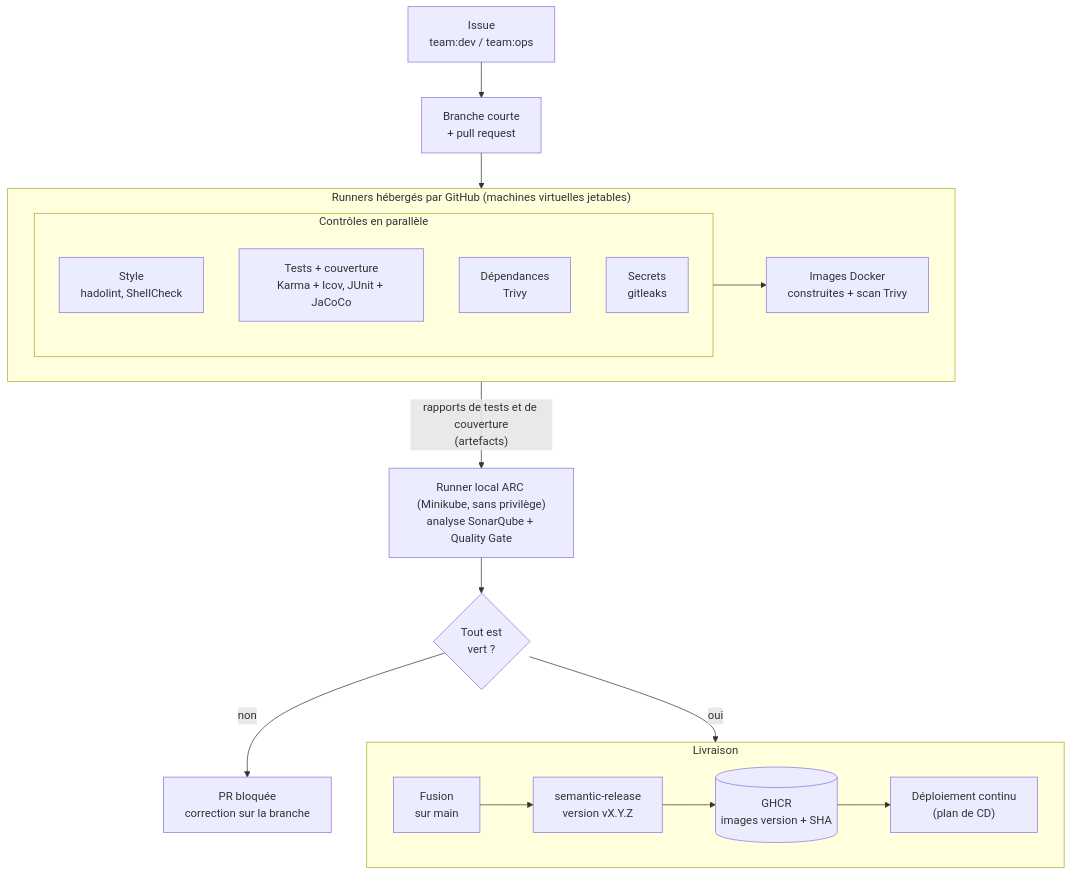
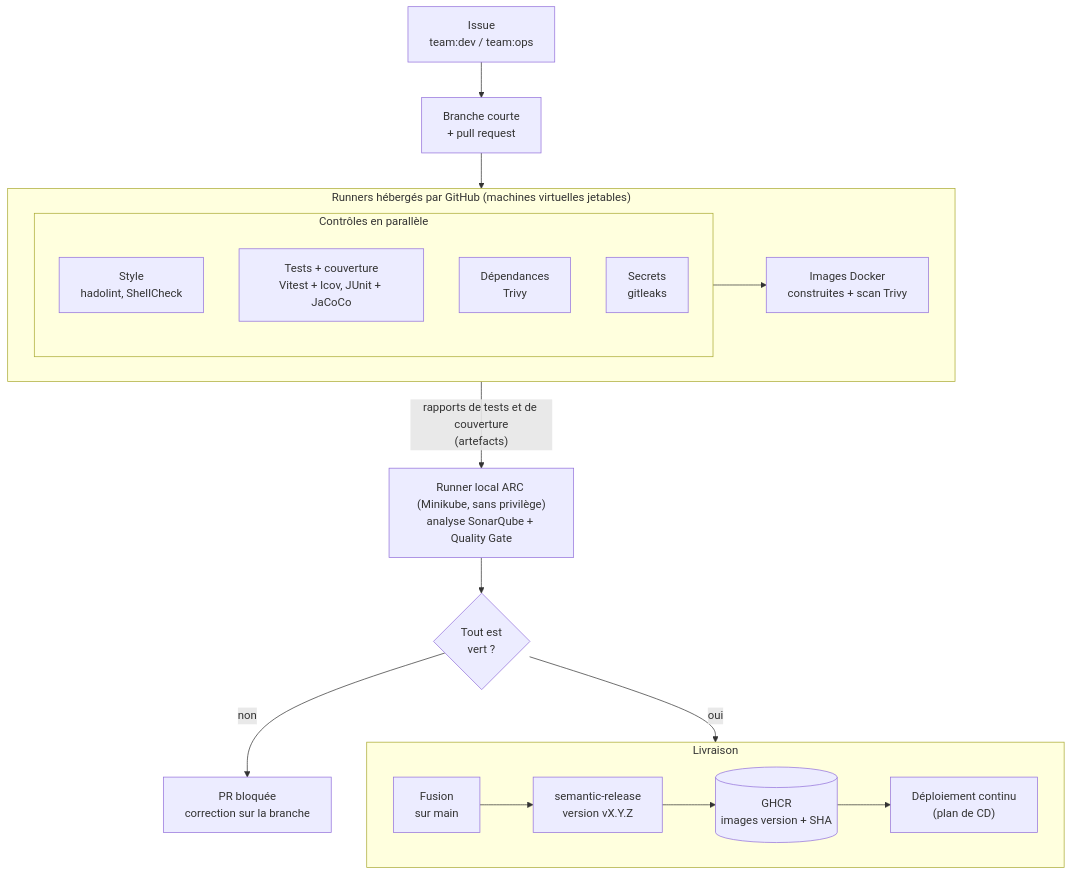
Before and after one commit to yohanbouchet/orion: the second of 2 diagrams in docs/02-normalisation-plan-ci.md, drawn with Mermaid. The commit also changed other lines of this file and 2 other files, not shown here.

First line of the commit message:
docs: met à jour la documentation pour Angular 22 et Vitest

````diff
--- a/docs/02-normalisation-plan-ci.md
+++ b/docs/02-normalisation-plan-ci.md
@@ -202,28 +202,28 @@
 ```mermaid
 flowchart TB
     issue["Issue<br/>team:dev / team:ops"] --> pr["Branche courte<br/>+ pull request"]
     pr --> hosted
     subgraph hosted["Runners hébergés par GitHub (machines virtuelles jetables)"]
         direction LR
         subgraph checks["Contrôles en parallèle"]
             direction TB
             lint["Style<br/>hadolint, ShellCheck"]
-            tests["Tests + couverture<br/>Karma + lcov, JUnit + JaCoCo"]
+            tests["Tests + couverture<br/>Vitest + lcov, JUnit + JaCoCo"]
             sca["Dépendances<br/>Trivy"]
             secrets["Secrets<br/>gitleaks"]
         end
         img["Images Docker<br/>construites + scan Trivy"]
         checks --> img
     end
     hosted -->|"rapports de tests et de couverture<br/>(artefacts)"| qg
     qg["Runner local ARC (Minikube, sans privilège)<br/>analyse SonarQube + Quality Gate"]
     qg --> ok{"Tout est<br/>vert ?"}
     ok -->|non| bloque["PR bloquée<br/>correction sur la branche"]
     ok -->|oui| livraison
     subgraph livraison["Livraison"]
         direction LR
         merge["Fusion<br/>sur main"] --> rel["semantic-release<br/>version vX.Y.Z"]
         rel --> reg[("GHCR<br/>images version + SHA")]
         reg --> cd["Déploiement continu<br/>(plan de CD)"]
     end
 ```
````
